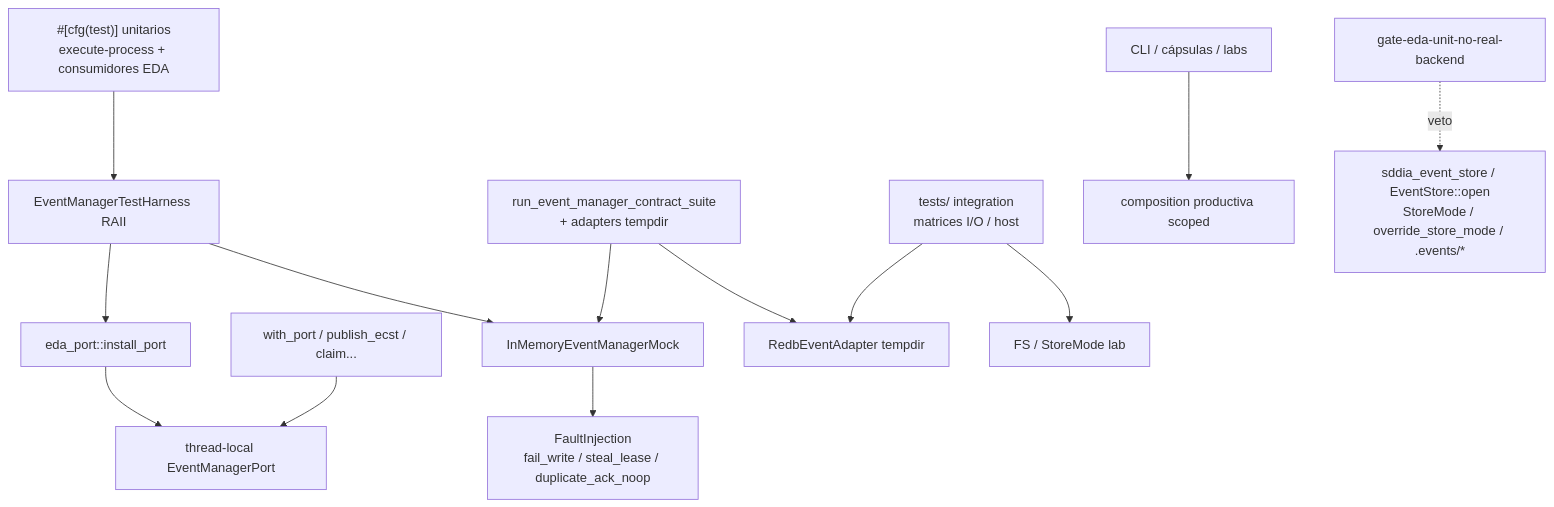
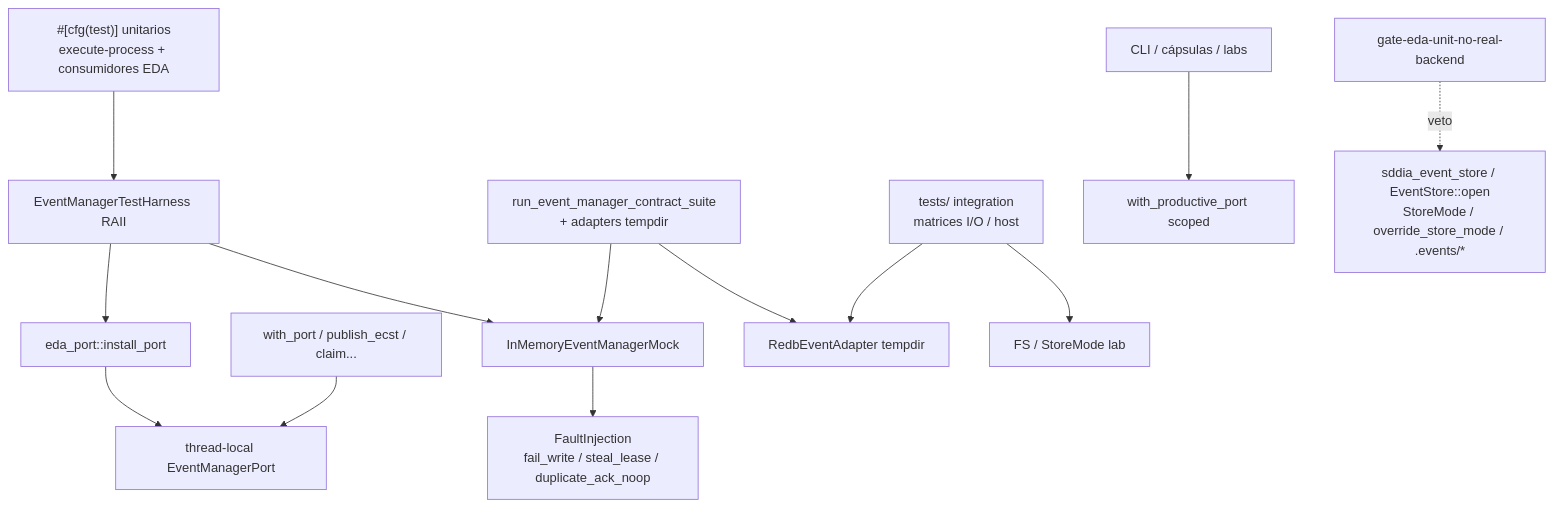
One commit to racso80es/SddIA changed the diagram in docs/features/man-37-eda-test-pyramid/spec.md. Above: the diagram before and after it, drawn with Mermaid. The commit also changed other lines of this file and 15 other files, not shown here.

````diff
--- a/docs/features/man-37-eda-test-pyramid/spec.md
+++ b/docs/features/man-37-eda-test-pyramid/spec.md
@@ -71,15 +77,15 @@
 ```mermaid
 flowchart TB
   UNIT["#[cfg(test)] unitarios\nexecute-process + consumidores EDA"] --> HARNESS["EventManagerTestHarness RAII"]
   HARNESS --> INSTALL["eda_port::install_port"]
   HARNESS --> MOCK["InMemoryEventManagerMock"]
   MOCK --> FAULT["FaultInjection\nfail_write / steal_lease / duplicate_ack_noop"]
   INSTALL --> TLS["thread-local EventManagerPort"]
   CONS["with_port / publish_ecst / claim..."] --> TLS
   CONTRACT["run_event_manager_contract_suite\n+ adapters tempdir"] --> MOCK
   CONTRACT --> REDB["RedbEventAdapter tempdir"]
   INTEG["tests/ integration\nmatrices I/O / host"] --> REDB
   INTEG --> FS["FS / StoreMode lab"]
-  E2E["CLI / cápsulas / labs"] --> HOST["composition productiva scoped"]
+  E2E["CLI / cápsulas / labs"] --> HOST["with_productive_port scoped"]
   GATEU["gate-eda-unit-no-real-backend"] -.->|veto| STRIP["sddia_event_store / EventStore::open\nStoreMode / override_store_mode / .events/*"]
 ```
````
